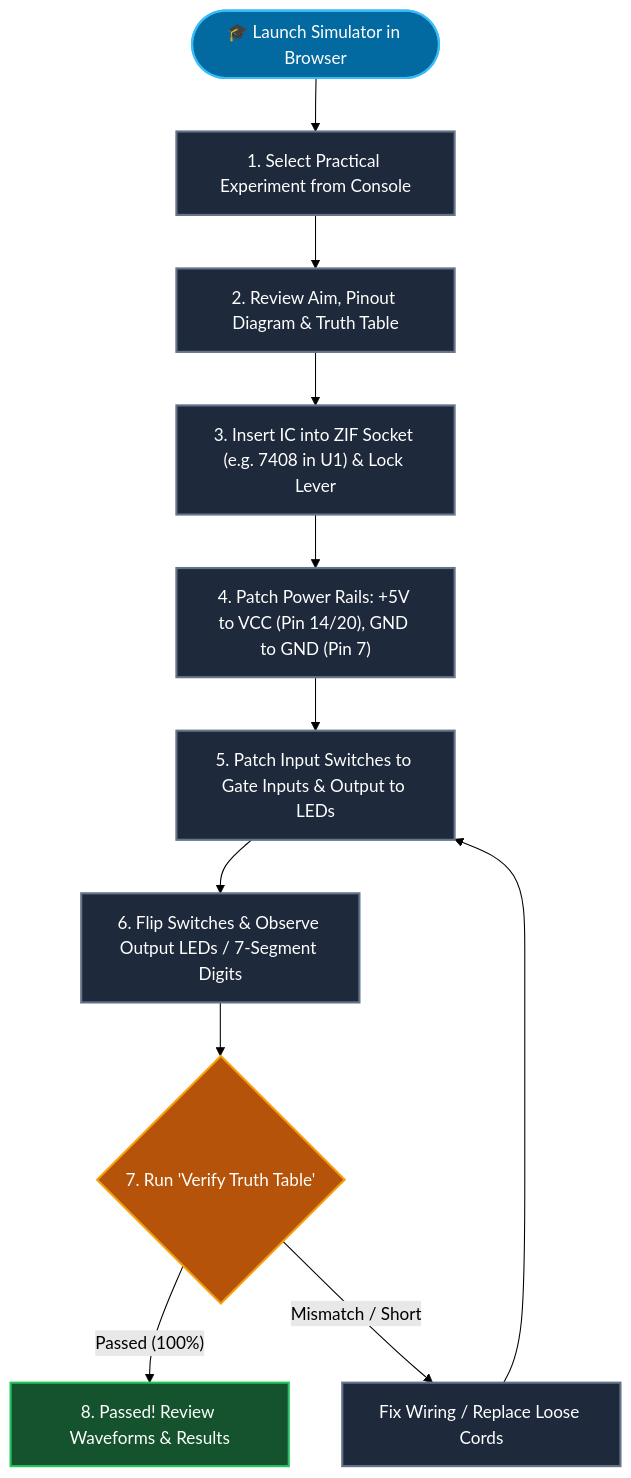
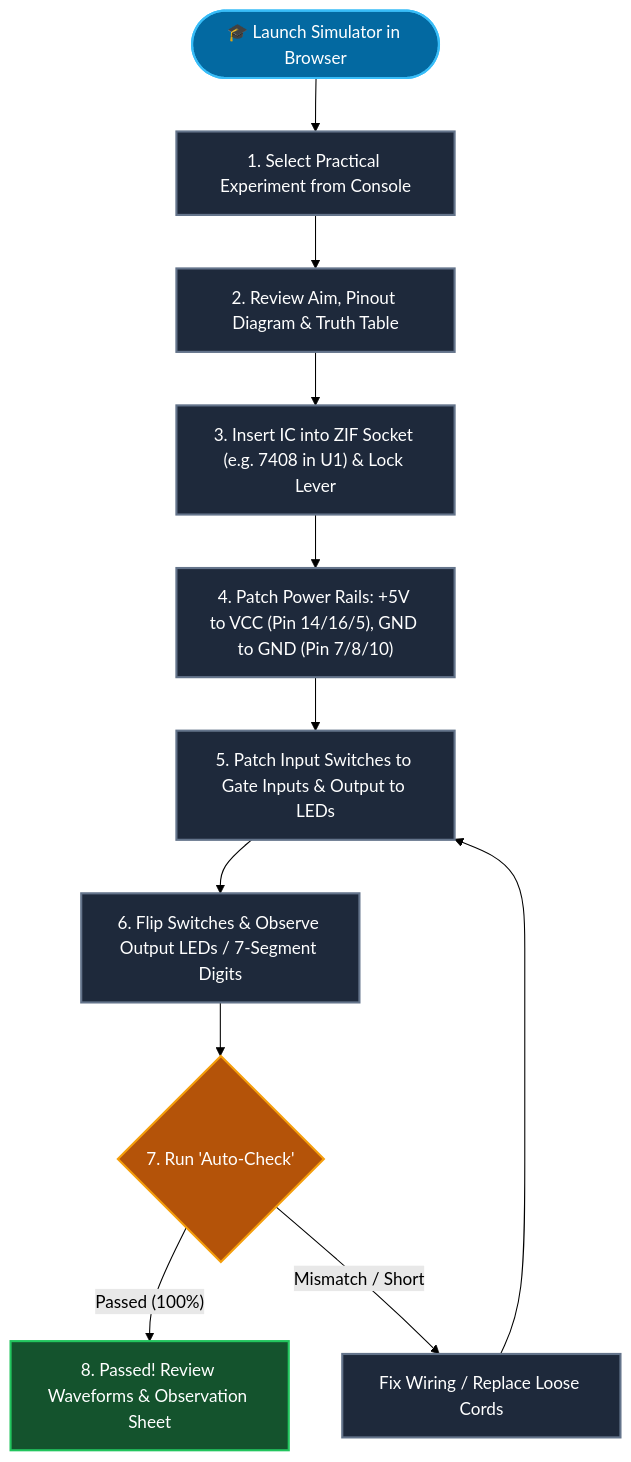
The second of 3 diagrams in README.md (AdityaSurse/DS-simulations), drawn with Mermaid (forest theme) before and after one commit. The commit also changed other lines of this file and 8 other files, not shown here.

````diff
--- a/README.md
+++ b/README.md
@@ -105,22 +109,22 @@
 ```mermaid
 flowchart TD
     classDef start fill:#0369a1,stroke:#38bdf8,stroke-width:2px,color:#ffffff;
     classDef step fill:#1e293b,stroke:#64748b,stroke-width:2px,color:#ffffff;
     classDef check fill:#b45309,stroke:#f59e0b,stroke-width:2px,color:#ffffff;
     classDef success fill:#14532d,stroke:#22c55e,stroke-width:2px,color:#ffffff;
 
     Start(["🎓 Launch Simulator in Browser"]):::start
     PickExp["1. Select Practical Experiment from Console"]:::step
     ReadAim["2. Review Aim, Pinout Diagram & Truth Table"]:::step
     InsertIC["3. Insert IC into ZIF Socket (e.g. 7408 in U1) & Lock Lever"]:::step
-    PowerWire["4. Patch Power Rails: +5V to VCC (Pin 14/20), GND to GND (Pin 7)"]:::step
+    PowerWire["4. Patch Power Rails: +5V to VCC (Pin 14/16/5), GND to GND (Pin 7/8/10)"]:::step
     LogicWire["5. Patch Input Switches to Gate Inputs & Output to LEDs"]:::step
     TestInputs["6. Flip Switches & Observe Output LEDs / 7-Segment Digits"]:::step
-    VerifyClick{"7. Run 'Verify Truth Table'"}:::check
-    AutoPassed["8. Passed! Review Waveforms & Results"]:::success
+    VerifyClick{"7. Run 'Auto-Check'"}:::check
+    AutoPassed["8. Passed! Review Waveforms & Observation Sheet"]:::success
     DebugLoop["Fix Wiring / Replace Loose Cords"]:::step
 
     Start --> PickExp --> ReadAim --> InsertIC --> PowerWire --> LogicWire --> TestInputs --> VerifyClick
     VerifyClick -- "Passed (100%)" --> AutoPassed
     VerifyClick -- "Mismatch / Short" --> DebugLoop --> LogicWire
 ```
````
